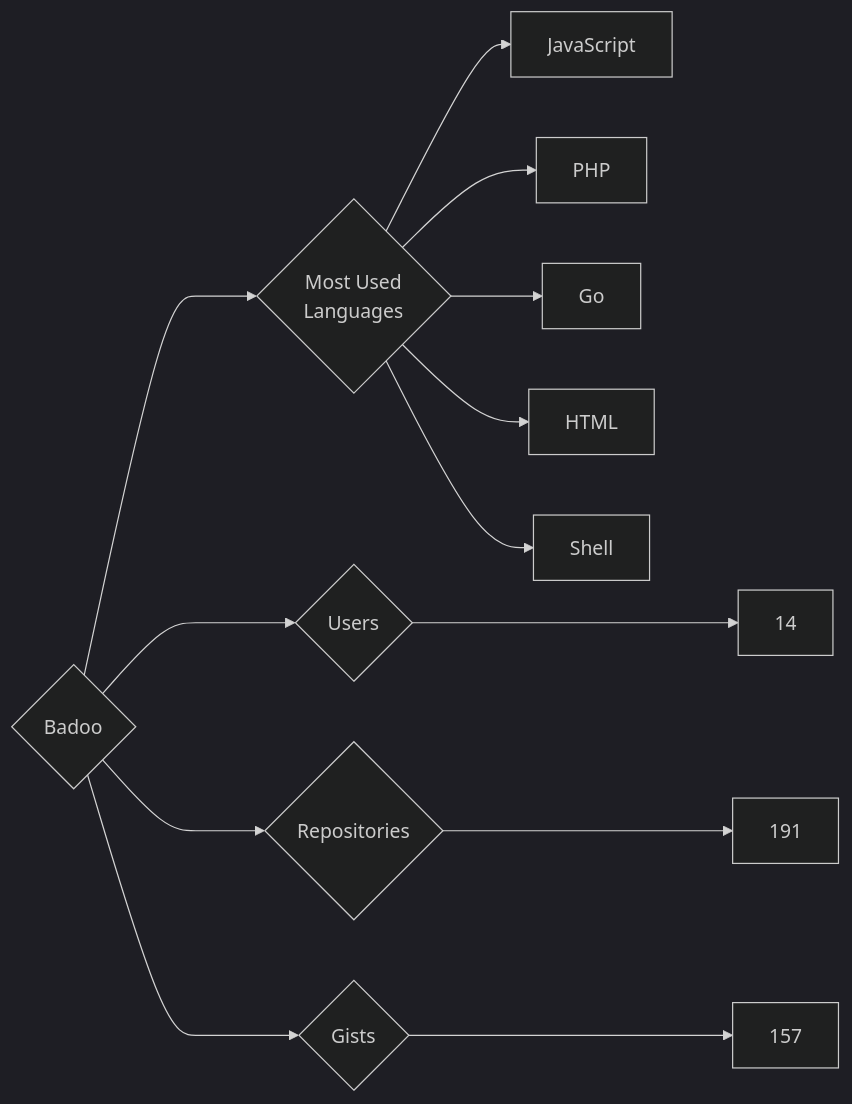
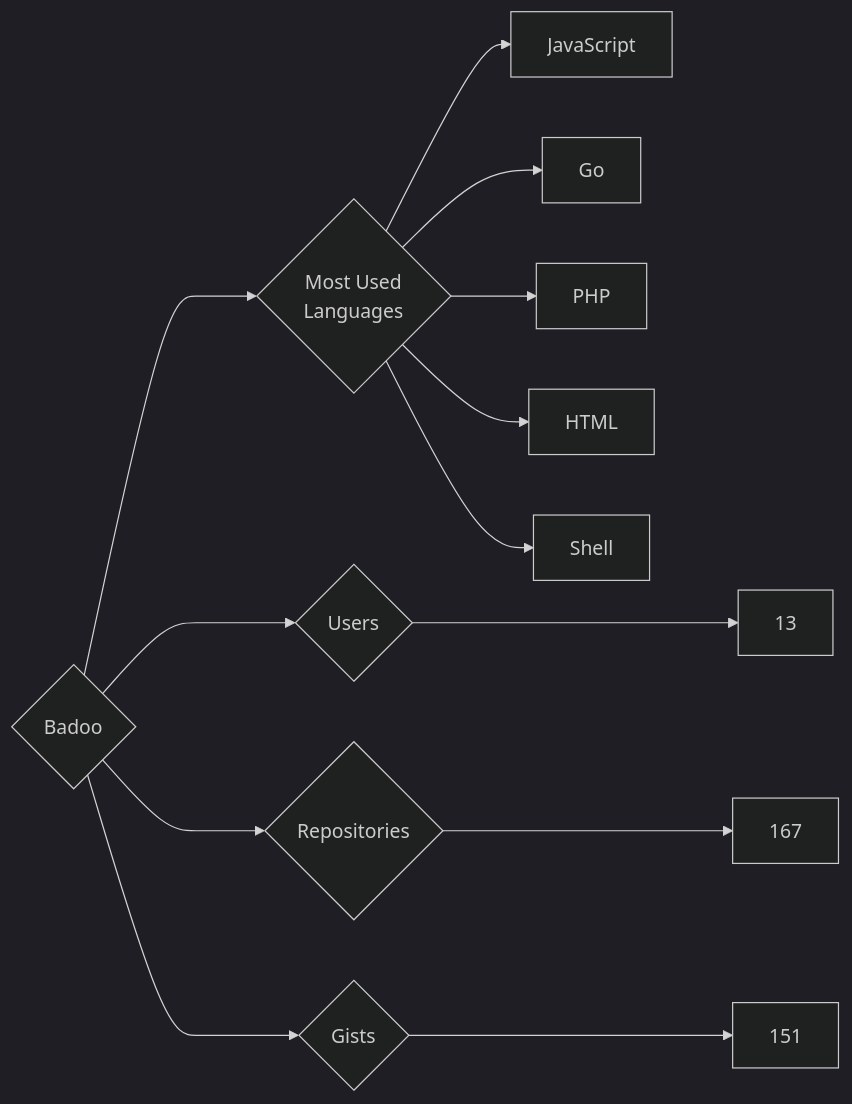
The diagram in targets/Badoo/README.md (trickest/insiders), drawn with Mermaid (dark theme) before and after one commit. The commit also changed 723 other files, not shown here.

````diff
--- a/targets/Badoo/README.md
+++ b/targets/Badoo/README.md
@@ -3,13 +3,13 @@
 ```mermaid
 graph LR
 COMPANY_NAME{Badoo}
-COMPANY_NAME ---> U{Users} ---> UN[14]
-COMPANY_NAME ---> R{Repositories} ---> RN[191]
-COMPANY_NAME ---> G{Gists} ---> GN[157]
+COMPANY_NAME ---> U{Users} ---> UN[13]
+COMPANY_NAME ---> R{Repositories} ---> RN[167]
+COMPANY_NAME ---> G{Gists} ---> GN[151]
 COMPANY_NAME ---> ML{Most Used<br>Languages}
 ML --> JavaScript[JavaScript]
+ML --> Go[Go]
 ML --> PHP[PHP]
-ML --> Go[Go]
 ML --> HTML[HTML]
 ML --> Shell[Shell]
 ```
````
